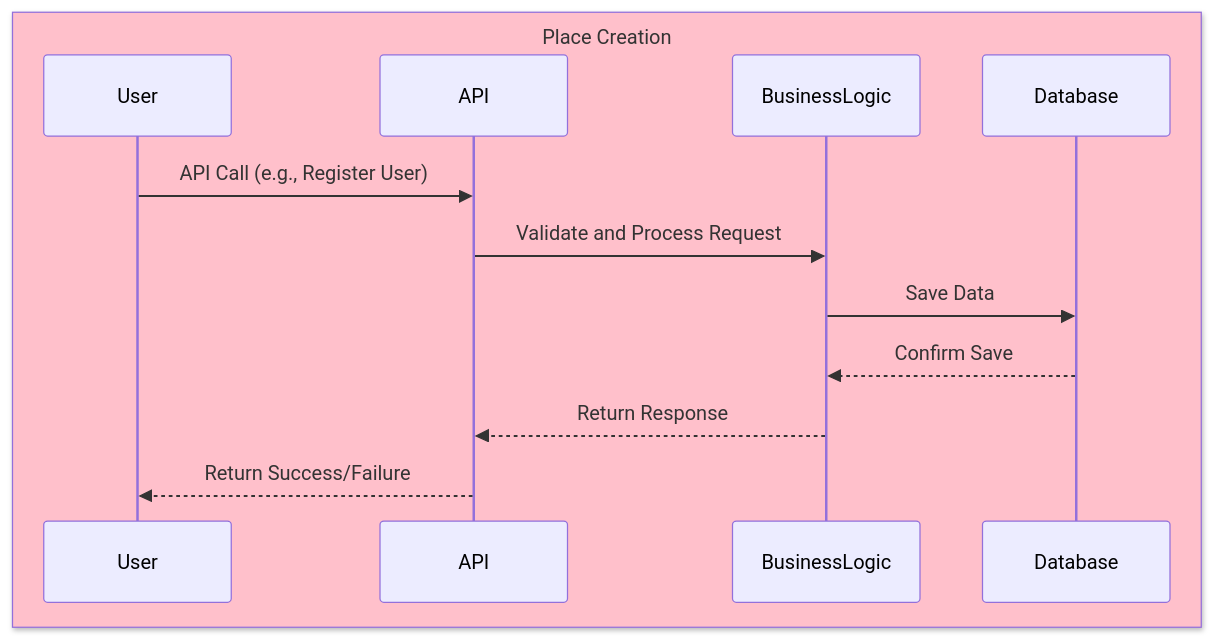
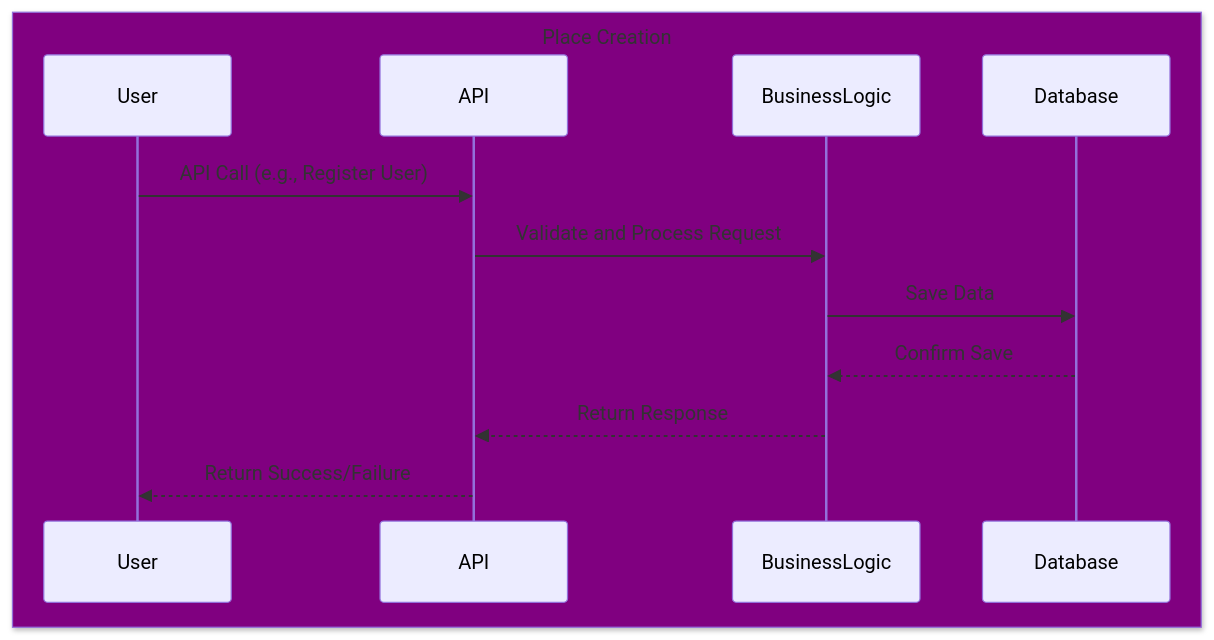
Before and after one commit to feratholberton/holbertonschool-hbnb: the fourth of 6 diagrams in README.md, drawn with Mermaid. The commit also changed other lines of this file, not shown here.

Commit message:
Purple background

````diff
--- a/README.md
+++ b/README.md
@@ -176,15 +177,15 @@
 ```mermaid
 sequenceDiagram
-box Pink Place Creation
+box Purple Place Creation
     participant User
     participant API
     participant BusinessLogic
     participant Database
 end
 User->>API: API Call (e.g., Register User)
 API->>BusinessLogic: Validate and Process Request
 BusinessLogic->>Database: Save Data
 Database-->>BusinessLogic: Confirm Save
 BusinessLogic-->>API: Return Response
 API-->>User: Return Success/Failure
 ```
````
